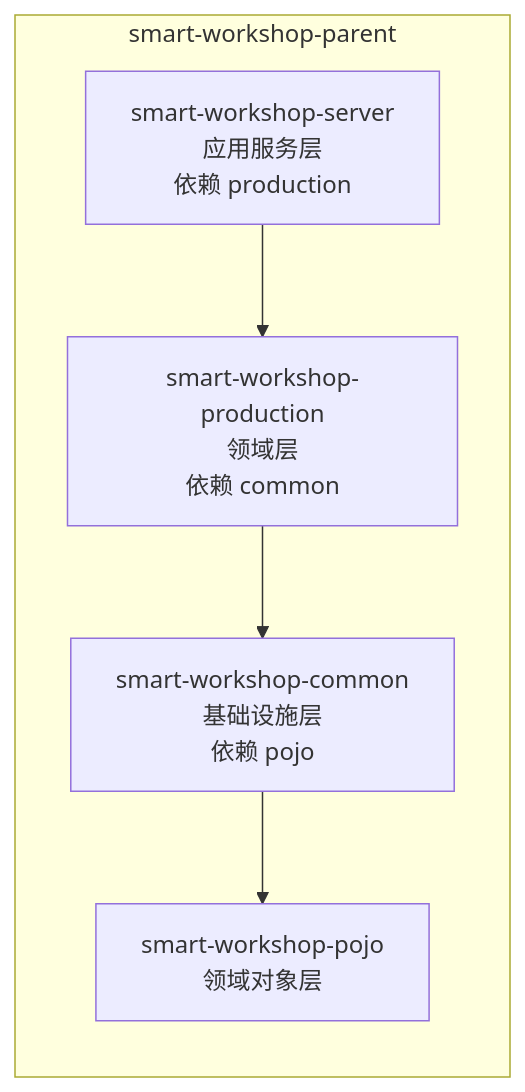
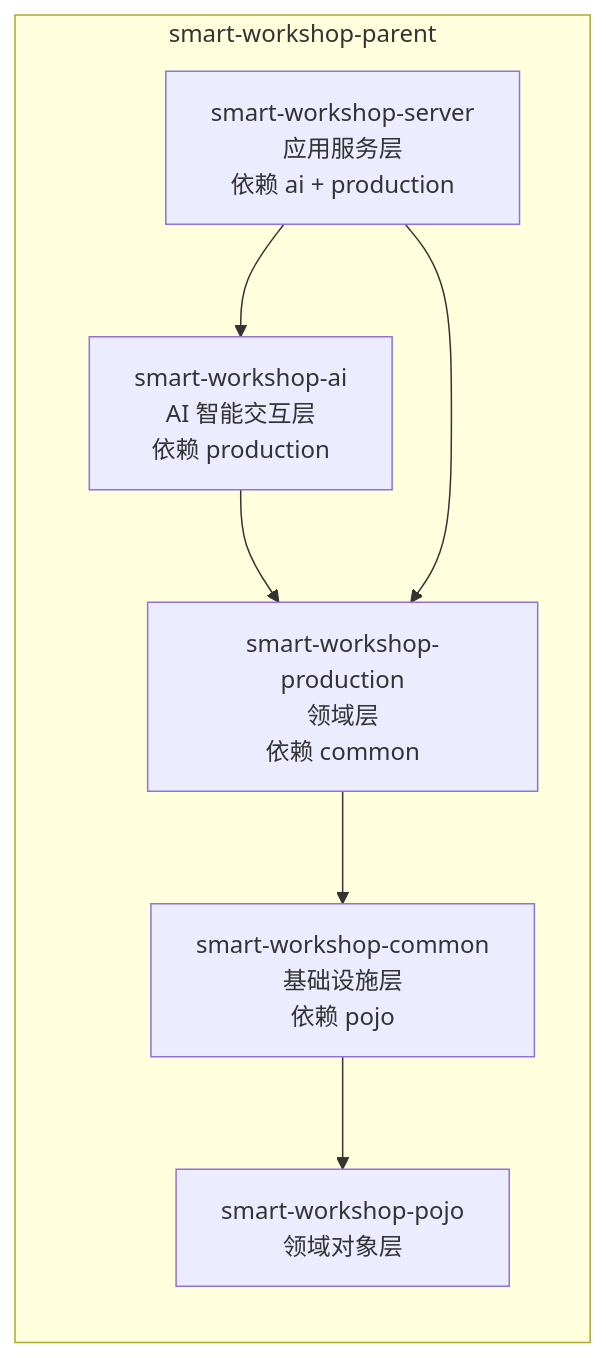
One commit to Yzyxtax/smart-workshop-mes changed the first of 2 diagrams in docx/概要设计说明书.md. Above: the diagram before and after it, drawn with Mermaid. The commit also changed other lines of this file and 75 other files, not shown here.

````diff
--- a/docx/概要设计说明书.md
+++ b/docx/概要设计说明书.md
@@ -142,12 +156,14 @@
 ```mermaid
 graph TD
     subgraph "smart-workshop-parent"
         direction TB
         A[smart-workshop-pojo<br/>领域对象层]
         B[smart-workshop-common<br/>基础设施层<br/>依赖 pojo]
         C[smart-workshop-production<br/>领域层<br/>依赖 common]
-        D[smart-workshop-server<br/>应用服务层<br/>依赖 production]
+        E[smart-workshop-ai<br/>AI 智能交互层<br/>依赖 production]
+        D[smart-workshop-server<br/>应用服务层<br/>依赖 ai + production]
     end
 
-    D --> C --> B --> A
+    D --> E --> C --> B --> A
+    D --> C
 ```
````
